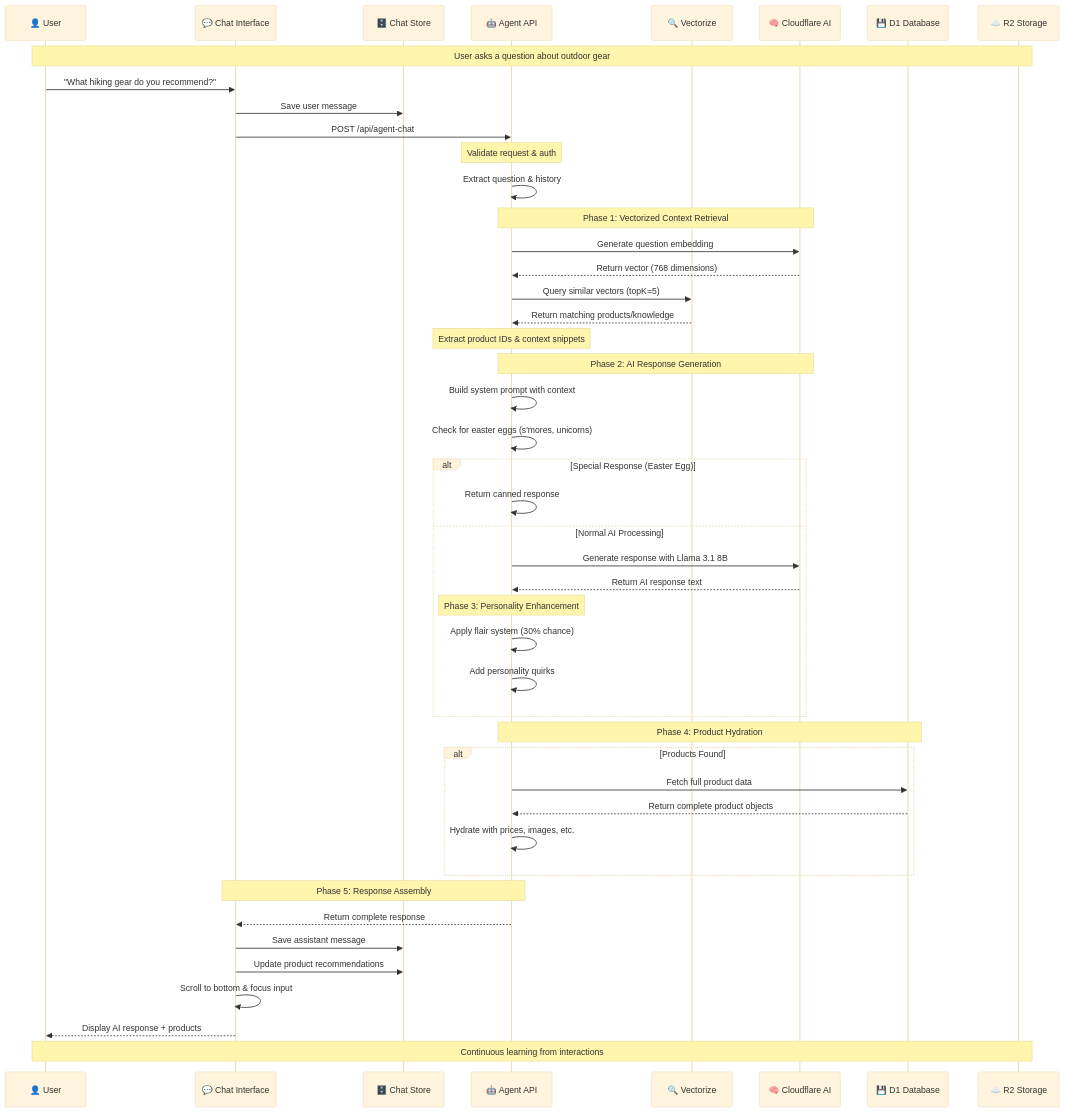
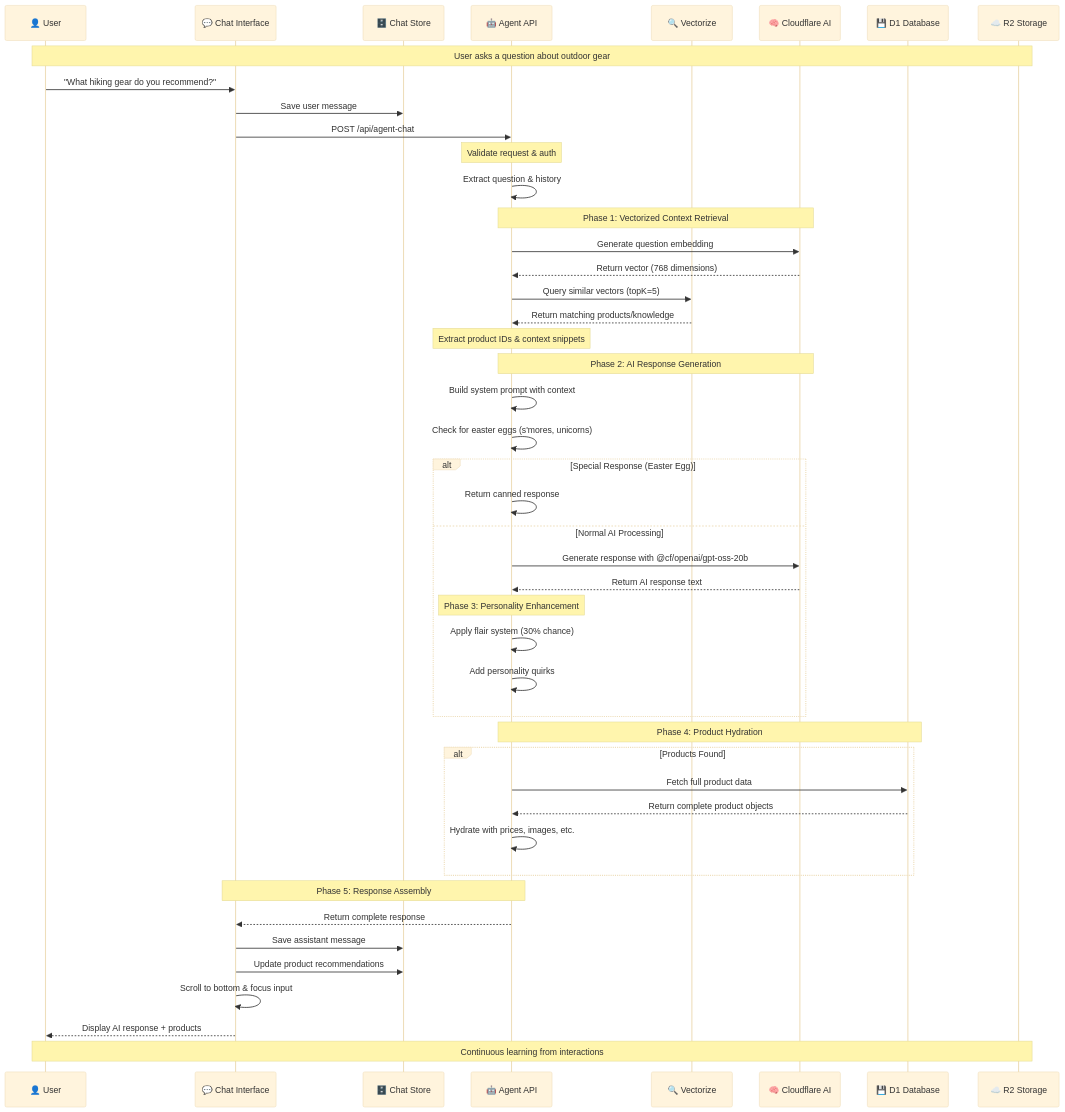
Before and after one commit to russellkmoore/mercora: the first of 4 diagrams in docs/ai-pipeline.md, drawn with Mermaid (base theme). The commit also changed other lines of this file, not shown here.

Commit message:
docs(04-01): name the current text model in the AI pipeline diagrams

````diff
--- a/docs/ai-pipeline.md
+++ b/docs/ai-pipeline.md
@@ -5,60 +5,60 @@
 ```mermaid
 sequenceDiagram
     participant User as 👤 User
     participant UI as 💬 Chat Interface
     participant Store as 🗄️ Chat Store
     participant API as 🤖 Agent API
     participant Vec as 🔍 Vectorize
     participant AI as 🧠 Cloudflare AI
     participant DB as 💾 D1 Database
     participant R2 as ☁️ R2 Storage
 
     Note over User, R2: User asks a question about outdoor gear
 
     User->>UI: "What hiking gear do you recommend?"
     UI->>Store: Save user message
     UI->>API: POST /api/agent-chat
 
     Note over API: Validate request & auth
     API->>API: Extract question & history
 
     Note over API, AI: Phase 1: Vectorized Context Retrieval
     API->>AI: Generate question embedding
     AI-->>API: Return vector (768 dimensions)
     
     API->>Vec: Query similar vectors (topK=5)
     Vec-->>API: Return matching products/knowledge
     
     Note over API: Extract product IDs & context snippets
 
     Note over API, AI: Phase 2: AI Response Generation
     API->>API: Build system prompt with context
     API->>API: Check for easter eggs (s'mores, unicorns)
     
     alt Special Response (Easter Egg)
         API->>API: Return canned response
     else Normal AI Processing
-        API->>AI: Generate response with Llama 3.1 8B
+        API->>AI: Generate response with @cf/openai/gpt-oss-20b
         AI-->>API: Return AI response text
         
         Note over API: Phase 3: Personality Enhancement
         API->>API: Apply flair system (30% chance)
         API->>API: Add personality quirks
     end
 
     Note over API, DB: Phase 4: Product Hydration
     alt Products Found
         API->>DB: Fetch full product data
         DB-->>API: Return complete product objects
         API->>API: Hydrate with prices, images, etc.
     end
 
     Note over API, UI: Phase 5: Response Assembly
     API-->>UI: Return complete response
     UI->>Store: Save assistant message
     UI->>Store: Update product recommendations
     UI->>UI: Scroll to bottom & focus input
     UI-->>User: Display AI response + products
 
     Note over User, R2: Continuous learning from interactions
 ```
````
